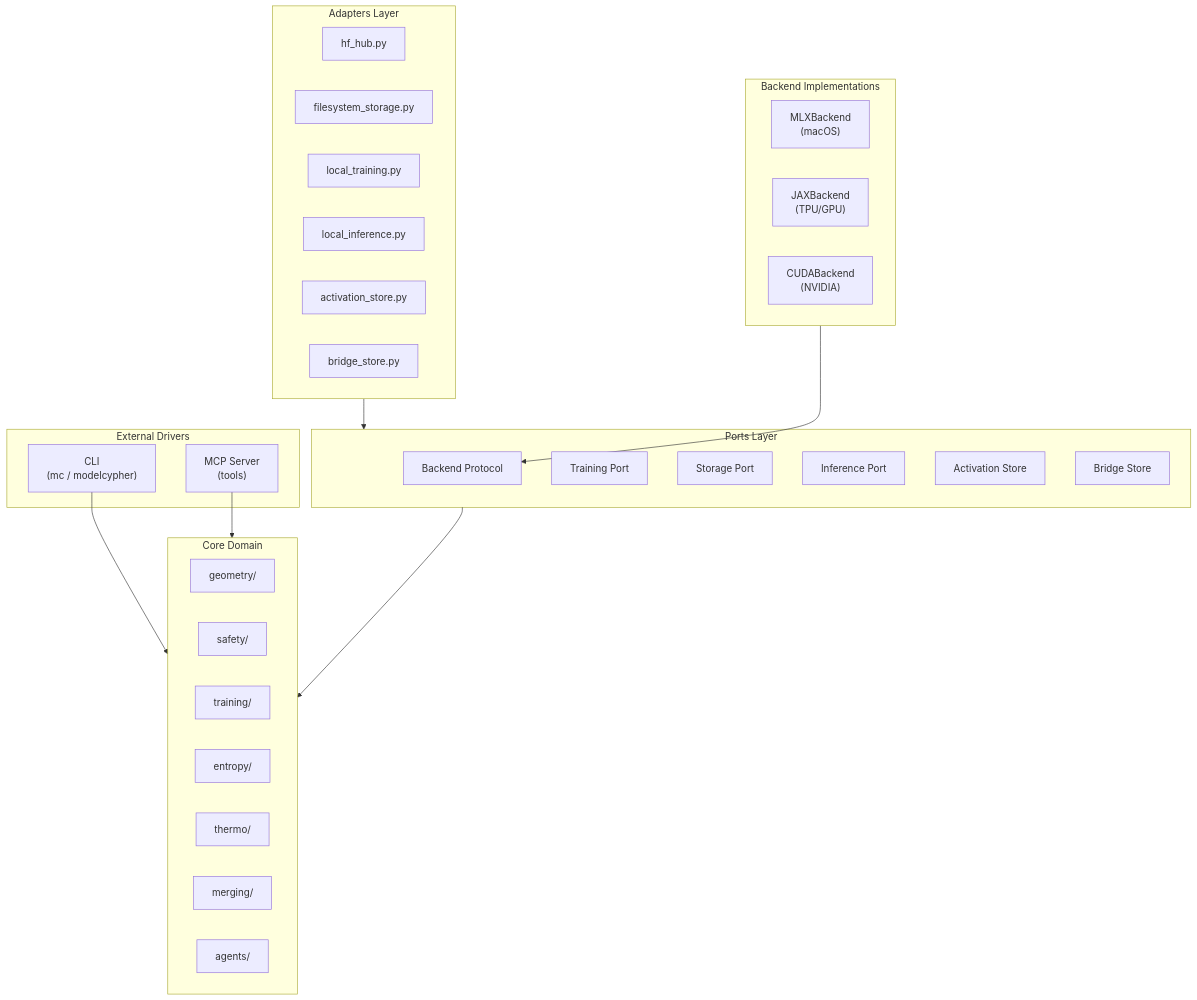
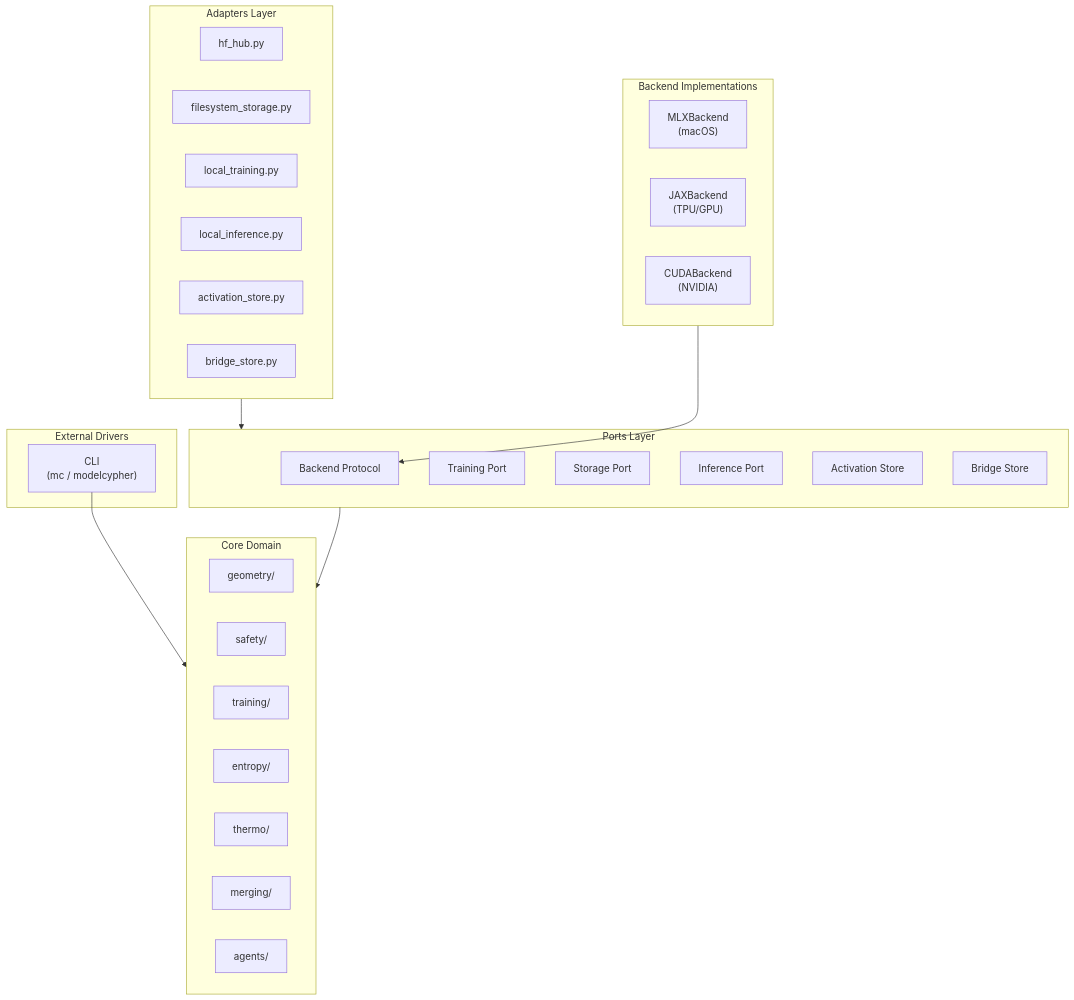
One commit to Ethyros-AI/ModelCypher changed the first of 4 diagrams in docs/ARCHITECTURE.md. Above: the diagram before and after it, drawn with Mermaid. The commit also changed other lines of this file and 123 other files, not shown here.

````diff
--- a/docs/ARCHITECTURE.md
+++ b/docs/ARCHITECTURE.md
@@ -11,47 +11,45 @@
 ```mermaid
 flowchart TB
     subgraph EXTERNAL["External Drivers"]
         CLI["CLI<br/>(mc / modelcypher)"]
-        MCP["MCP Server<br/>(tools)"]
     end
 
     subgraph ADAPTERS["Adapters Layer"]
         HF["hf_hub.py"]
         FS["filesystem_storage.py"]
         LT["local_training.py"]
         LI["local_inference.py"]
         AS["activation_store.py"]
         BR["bridge_store.py"]
     end
 
     subgraph PORTS["Ports Layer"]
         BE["Backend Protocol"]
         TR["Training Port"]
         ST["Storage Port"]
         INF["Inference Port"]
         ACT["Activation Store"]
         BRS["Bridge Store"]
     end
 
     subgraph DOMAIN["Core Domain"]
         GEO["geometry/"]
         SAFE["safety/"]
         TRAIN["training/"]
         ENT["entropy/"]
         THERM["thermo/"]
         MERGE["merging/"]
         AGT["agents/"]
     end
 
     subgraph BACKENDS["Backend Implementations"]
         MLX["MLXBackend<br/>(macOS)"]
         JAX["JAXBackend<br/>(TPU/GPU)"]
         CUDA["CUDABackend<br/>(NVIDIA)"]
     end
 
     CLI --> DOMAIN
-    MCP --> DOMAIN
     ADAPTERS --> PORTS
     PORTS --> DOMAIN
     BACKENDS --> BE
 ```
````
